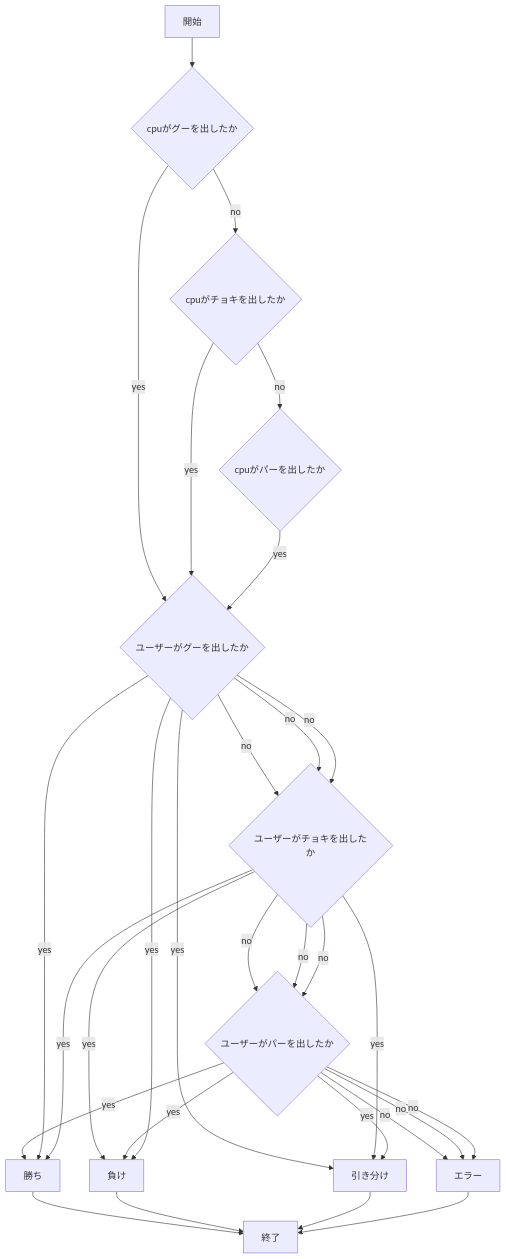
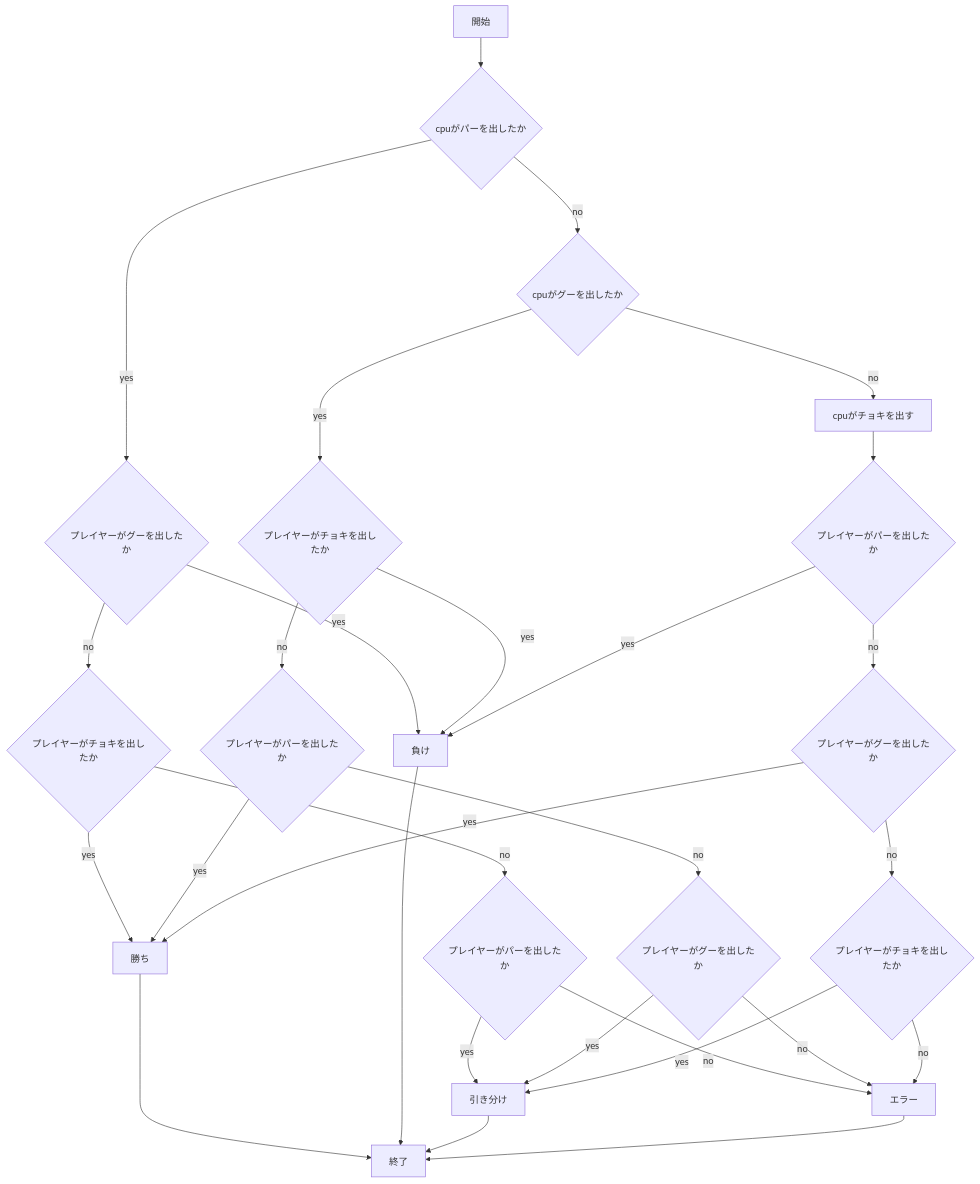
One commit to Riu4979/webpro_06 changed the second of 4 diagrams in README.md. Above: the diagram before and after it, drawn with Mermaid. The commit also changed other lines of this file, not shown here.

````diff
--- a/README.md
+++ b/README.md
@@ -79,45 +79,51 @@
 ```mermaid
 flowchart TD;
 
-start["開始"]
+start["開始"];
 end1["終了"]
-if1{"cpuがグーを出したか"}
-if2{"cpuがチョキを出したか"}
-if3{"cpuがパーを出したか"}
-if4{"ユーザーがグーを出したか"}
-if5{"ユーザーがチョキを出したか"}
-if6{"ユーザーがパーを出したか"}
+if{"cpuがパーを出したか"}
+if2{"プレイヤーがグーを出したか"}
+if3{"プレイヤーがチョキを出したか"}
+if4{"プレイヤーがパーを出したか"}
+if5{"cpuがグーを出したか"}
+judgement["cpuがチョキを出す"]
+if6{"プレイヤーがチョキを出したか"}
+if7{"プレイヤーがパーを出したか"}
+if8{"プレイヤーがグーを出したか"}
+if9{"プレイヤーがパーを出したか"}
+if10{"プレイヤーがグーを出したか"}
+if11{"プレイヤーがチョキを出したか"}
 win["勝ち"]
 lose["負け"]
 draw["引き分け"]
 error["エラー"]
 
-start --> if1
-if1 -->|yes|if4
-if1 -->|no|if2
-if4 -->|yes|draw
-if4 -->|no|if5
-if5 -->|yes|lose
-if5 -->|no|if6
-if6 -->|yes|win
-if6 -->|no|error
-if2 -->|yes|if4
-if2 -->|no|if3
-if4 -->|yes|win
-if4 -->|no|if5
-if5 -->|yes|draw
-if5 -->|no|if6
-if6 -->|yes|lose
-if6 -->|no|error
-if3 -->|yes|if4
-if4 -->|yes|lose
-if4 -->|no|if5
-if5 -->|yes|win
-if5 -->|no|if6
-if6 -->|yes|draw
-if6 -->|no|error
+start --> if
+if --> |yes| if2
+if --> |no| if5
+if2 --> |yes| lose
+if2 --> |no| if3
+if3 --> |yes| win
+if3 --> |no| if4
+if4 --> |yes| draw
+if4 --> |no| error
+if5 --> |yes| if6
+if5 --> |no| judgement
+if6 --> |yes| lose
+if6 --> |no| if7
+if7 --> |yes| win
+if7 --> |no| if8
+if8 --> |yes| draw
+if8 --> |no| error
+judgement --> if9
+if9 --> |yes| lose
+if9 --> |no| if10
+if10 --> |yes| win
+if10 --> |no| if11
+if11 --> |yes| draw
+if11 --> |no| error
 win --> end1
 lose --> end1
 draw --> end1
 error --> end1
 ```
````
